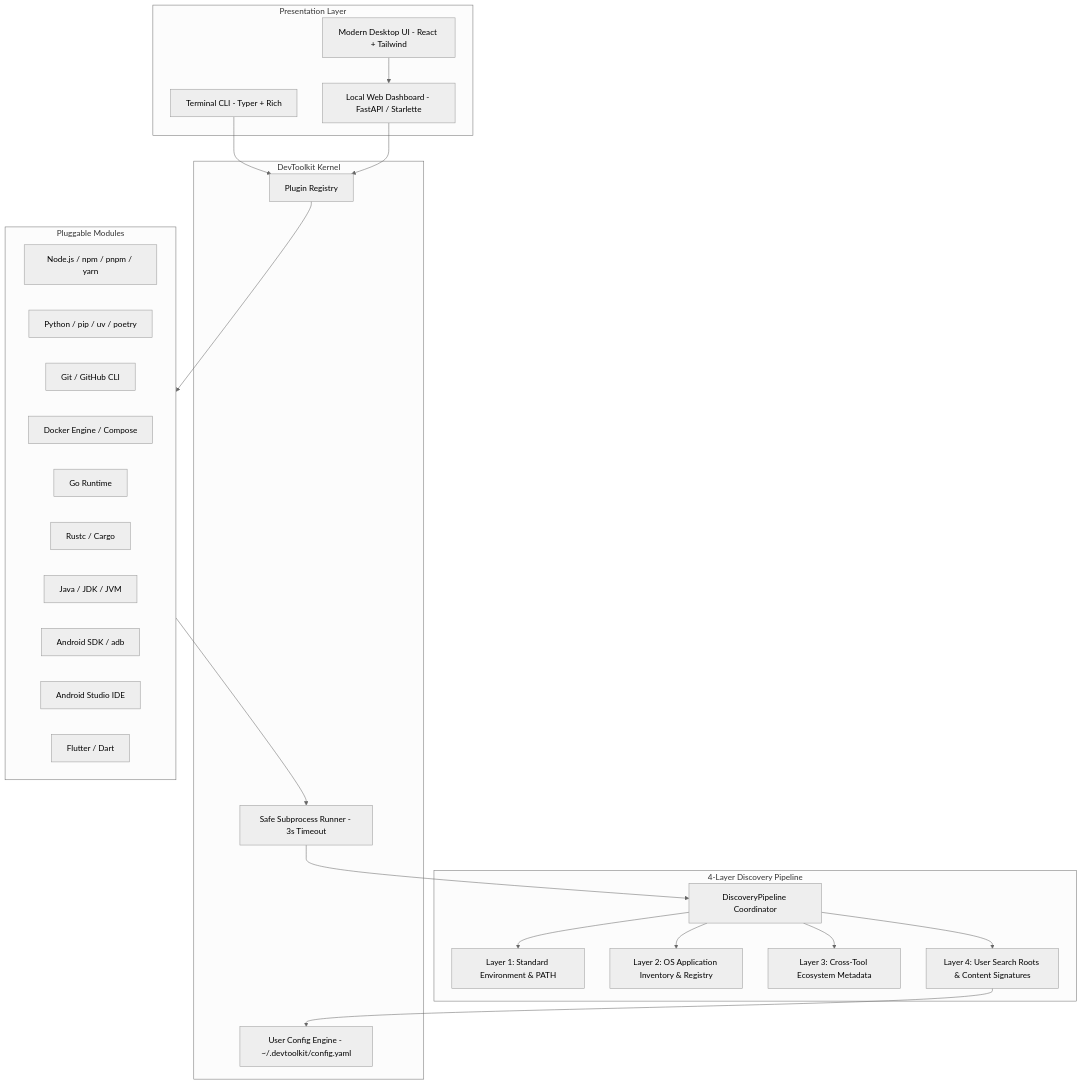
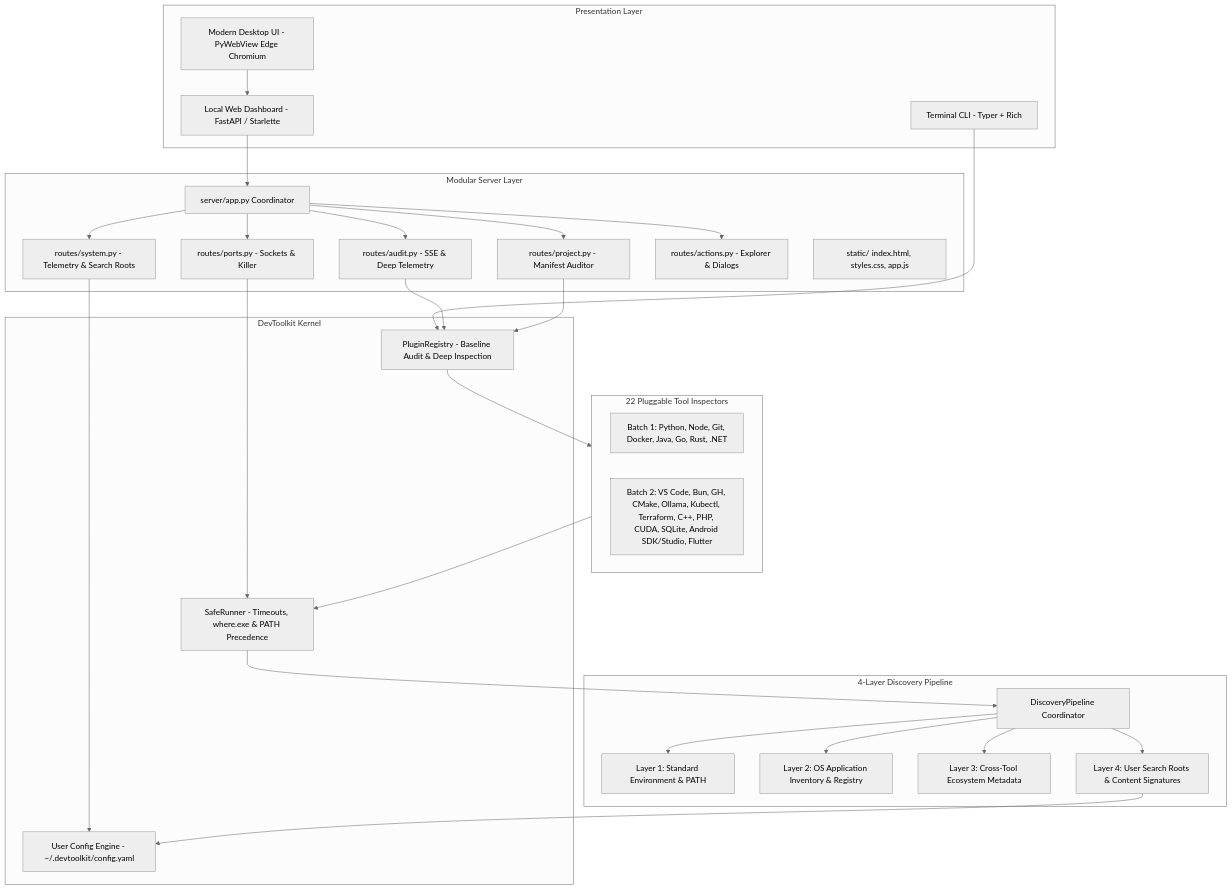
The first of 2 diagrams in agent/map.md (Bhardvaj/DevToolkit), drawn with Mermaid (neutral theme) before and after one commit. The commit also changed other lines of this file and 26 other files, not shown here.

Commit message:
feat: Phase 7 (Batch 1) - Deep Tool Inspection & 7-Zone Process Flow

````diff
--- a/agent/map.md
+++ b/agent/map.md
@@ -11,48 +11,60 @@
 ```mermaid
 graph TD
     subgraph UI_Layer [Presentation Layer]
         CLI[Terminal CLI - Typer + Rich]
-        DesktopUI[Modern Desktop UI - React + Tailwind]
+        DesktopUI[Modern Desktop UI - PyWebView Edge Chromium]
         LocalWeb[Local Web Dashboard - FastAPI / Starlette]
+    end
+
+    subgraph Server_Layer [Modular Server Layer]
+        ServerApp[server/app.py Coordinator]
+        AuditRouter[routes/audit.py - SSE & Deep Telemetry]
+        SystemRouter[routes/system.py - Telemetry & Search Roots]
+        PortsRouter[routes/ports.py - Sockets & Killer]
+        ProjectRouter[routes/project.py - Manifest Auditor]
+        ActionsRouter[routes/actions.py - Explorer & Dialogs]
+        StaticUI[static/ index.html, styles.css, app.js]
     end
 
     subgraph Discovery_Engine [4-Layer Discovery Pipeline]
         L1[Layer 1: Standard Environment & PATH]
         L2[Layer 2: OS Application Inventory & Registry]
         L3[Layer 3: Cross-Tool Ecosystem Metadata]
         L4[Layer 4: User Search Roots & Content Signatures]
         DiscoveryPipeline[DiscoveryPipeline Coordinator]
     end
 
     subgraph Core_Engine [DevToolkit Kernel]
-        Registry[Plugin Registry]
-        SafeRunner[Safe Subprocess Runner - 3s Timeout]
+        Registry[PluginRegistry - Baseline Audit & Deep Inspection]
+        SafeRunner[SafeRunner - Timeouts, where.exe & PATH Precedence]
         ConfigEngine[User Config Engine - ~/.devtoolkit/config.yaml]
     end
 
-    subgraph Plugins [Pluggable Modules]
-        P_Node[Node.js / npm / pnpm / yarn]
-        P_Py[Python / pip / uv / poetry]
-        P_Git[Git / GitHub CLI]
-        P_Docker[Docker Engine / Compose]
-        P_Go[Go Runtime]
-        P_Rust[Rustc / Cargo]
-        P_Java[Java / JDK / JVM]
-        P_Android[Android SDK / adb]
-        P_Studio[Android Studio IDE]
-        P_Flutter[Flutter / Dart]
+    subgraph Plugins [22 Pluggable Tool Inspectors]
+        P_Core[Batch 1: Python, Node, Git, Docker, Java, Go, Rust, .NET]
+        P_Extended[Batch 2: VS Code, Bun, GH, CMake, Ollama, Kubectl, Terraform, C++, PHP, CUDA, SQLite, Android SDK/Studio, Flutter]
     end
 
     CLI --> Registry
     DesktopUI --> LocalWeb
-    LocalWeb --> Registry
+    LocalWeb --> ServerApp
+    ServerApp --> AuditRouter
+    ServerApp --> SystemRouter
+    ServerApp --> PortsRouter
+    ServerApp --> ProjectRouter
+    ServerApp --> ActionsRouter
+
+    AuditRouter --> Registry
+    PortsRouter --> SafeRunner
+    ProjectRouter --> Registry
+    SystemRouter --> ConfigEngine
 
     Registry --> Plugins
     Plugins --> SafeRunner
     SafeRunner --> DiscoveryPipeline
     DiscoveryPipeline --> L1
     DiscoveryPipeline --> L2
     DiscoveryPipeline --> L3
     DiscoveryPipeline --> L4
     L4 --> ConfigEngine
 ```
````
